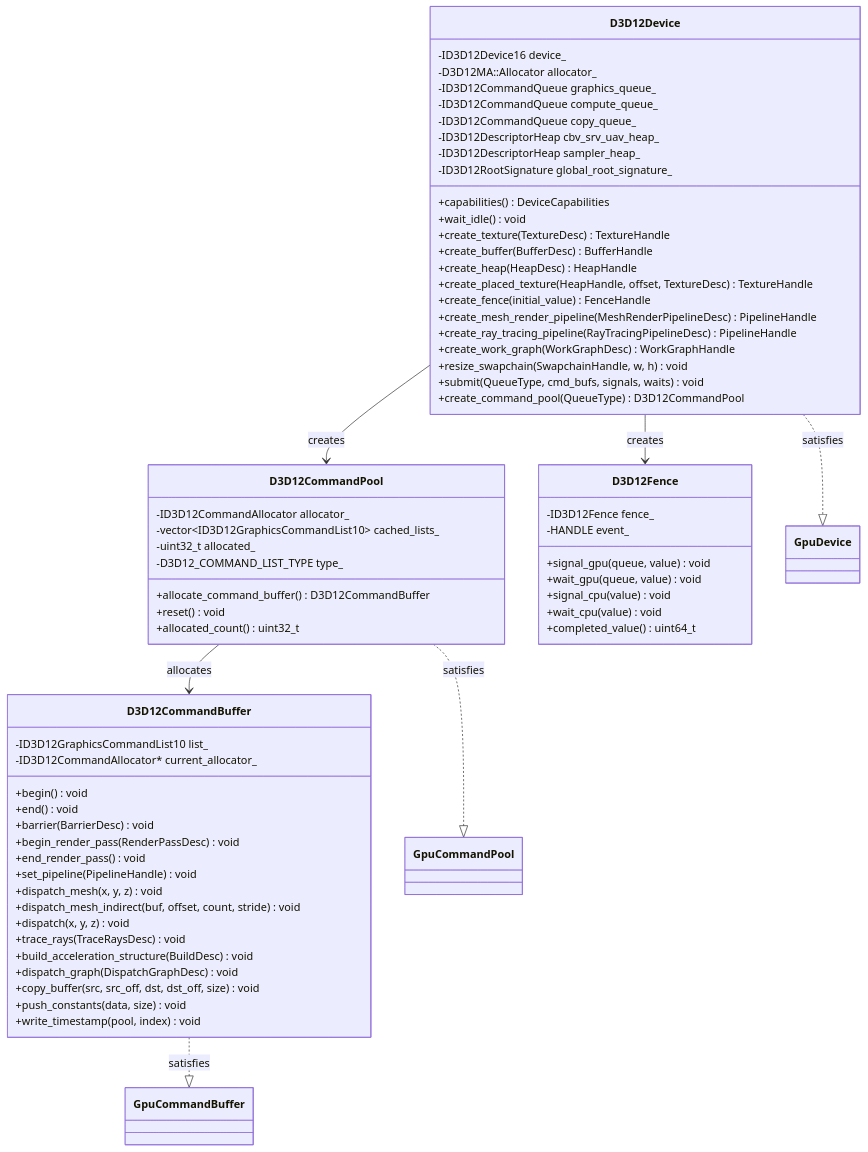
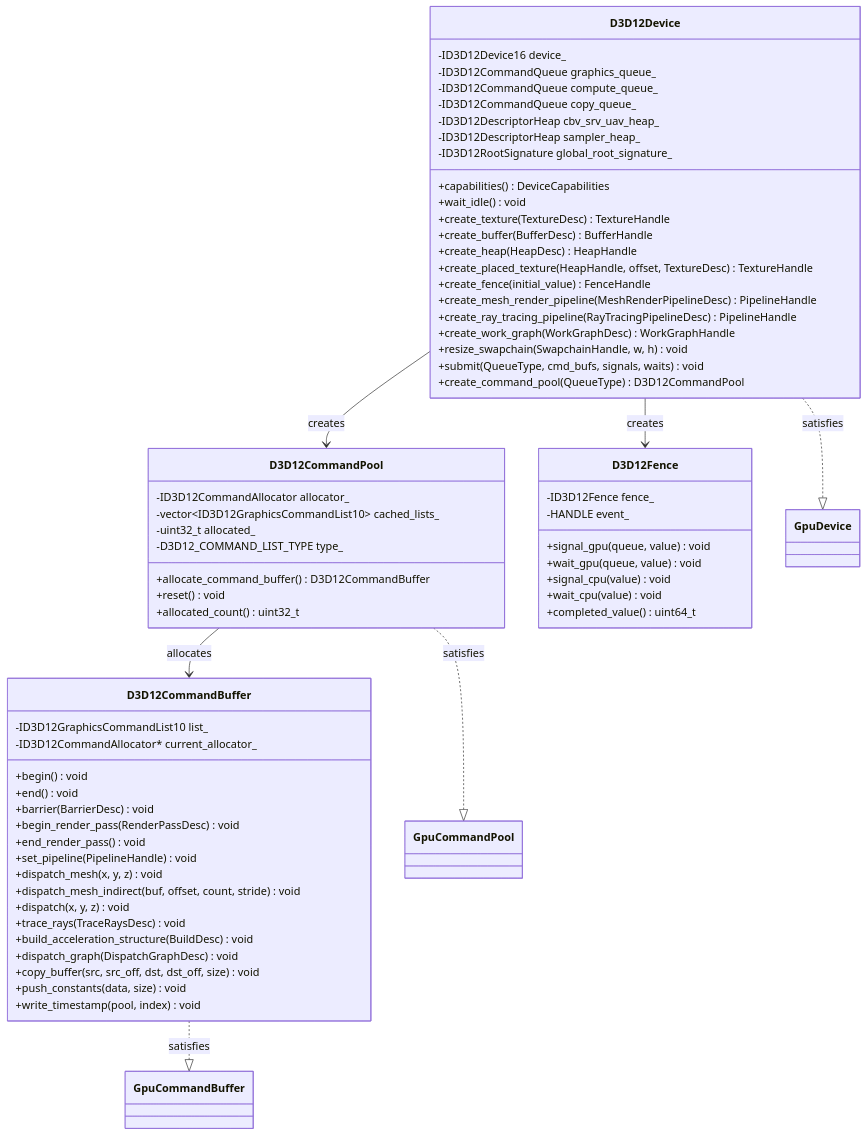
One commit to harmonius-dev/harmonius changed the third of 3 diagrams in docs/design/gpu-backend-d3d12.md. Above: the diagram before and after it, drawn with Mermaid. The commit also changed other lines of this file and 28 other files, not shown here.

````diff
--- a/docs/design/gpu-backend-d3d12.md
+++ b/docs/design/gpu-backend-d3d12.md
@@ -1102,73 +1091,72 @@
 ```mermaid
 classDiagram
     class D3D12Device {
         -ID3D12Device16 device_
-        -D3D12MA::Allocator allocator_
         -ID3D12CommandQueue graphics_queue_
         -ID3D12CommandQueue compute_queue_
         -ID3D12CommandQueue copy_queue_
         -ID3D12DescriptorHeap cbv_srv_uav_heap_
         -ID3D12DescriptorHeap sampler_heap_
         -ID3D12RootSignature global_root_signature_
         +capabilities() DeviceCapabilities
         +wait_idle() void
         +create_texture(TextureDesc) TextureHandle
         +create_buffer(BufferDesc) BufferHandle
         +create_heap(HeapDesc) HeapHandle
         +create_placed_texture(HeapHandle, offset, TextureDesc) TextureHandle
         +create_fence(initial_value) FenceHandle
         +create_mesh_render_pipeline(MeshRenderPipelineDesc) PipelineHandle
         +create_ray_tracing_pipeline(RayTracingPipelineDesc) PipelineHandle
         +create_work_graph(WorkGraphDesc) WorkGraphHandle
         +resize_swapchain(SwapchainHandle, w, h) void
         +submit(QueueType, cmd_bufs, signals, waits) void
         +create_command_pool(QueueType) D3D12CommandPool
     }
 
     class D3D12CommandPool {
         -ID3D12CommandAllocator allocator_
         -vector~ID3D12GraphicsCommandList10~ cached_lists_
         -uint32_t allocated_
         -D3D12_COMMAND_LIST_TYPE type_
         +allocate_command_buffer() D3D12CommandBuffer
         +reset() void
         +allocated_count() uint32_t
     }
 
     class D3D12CommandBuffer {
         -ID3D12GraphicsCommandList10 list_
         -ID3D12CommandAllocator* current_allocator_
         +begin() void
         +end() void
         +barrier(BarrierDesc) void
         +begin_render_pass(RenderPassDesc) void
         +end_render_pass() void
         +set_pipeline(PipelineHandle) void
         +dispatch_mesh(x, y, z) void
         +dispatch_mesh_indirect(buf, offset, count, stride) void
         +dispatch(x, y, z) void
         +trace_rays(TraceRaysDesc) void
         +build_acceleration_structure(BuildDesc) void
         +dispatch_graph(DispatchGraphDesc) void
         +copy_buffer(src, src_off, dst, dst_off, size) void
         +push_constants(data, size) void
         +write_timestamp(pool, index) void
     }
 
     class D3D12Fence {
         -ID3D12Fence fence_
         -HANDLE event_
         +signal_gpu(queue, value) void
         +wait_gpu(queue, value) void
         +signal_cpu(value) void
         +wait_cpu(value) void
         +completed_value() uint64_t
     }
 
     D3D12Device ..|> GpuDevice : satisfies
     D3D12CommandPool ..|> GpuCommandPool : satisfies
     D3D12CommandBuffer ..|> GpuCommandBuffer : satisfies
     D3D12Device --> D3D12CommandPool : creates
     D3D12CommandPool --> D3D12CommandBuffer : allocates
     D3D12Device --> D3D12Fence : creates
 ```
````
